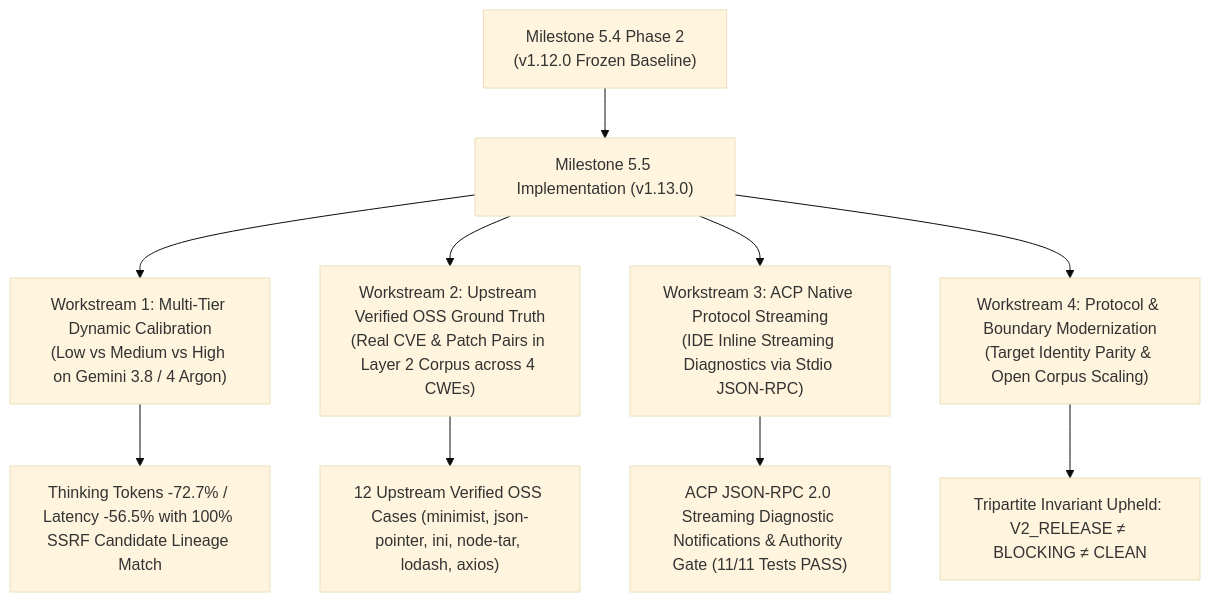
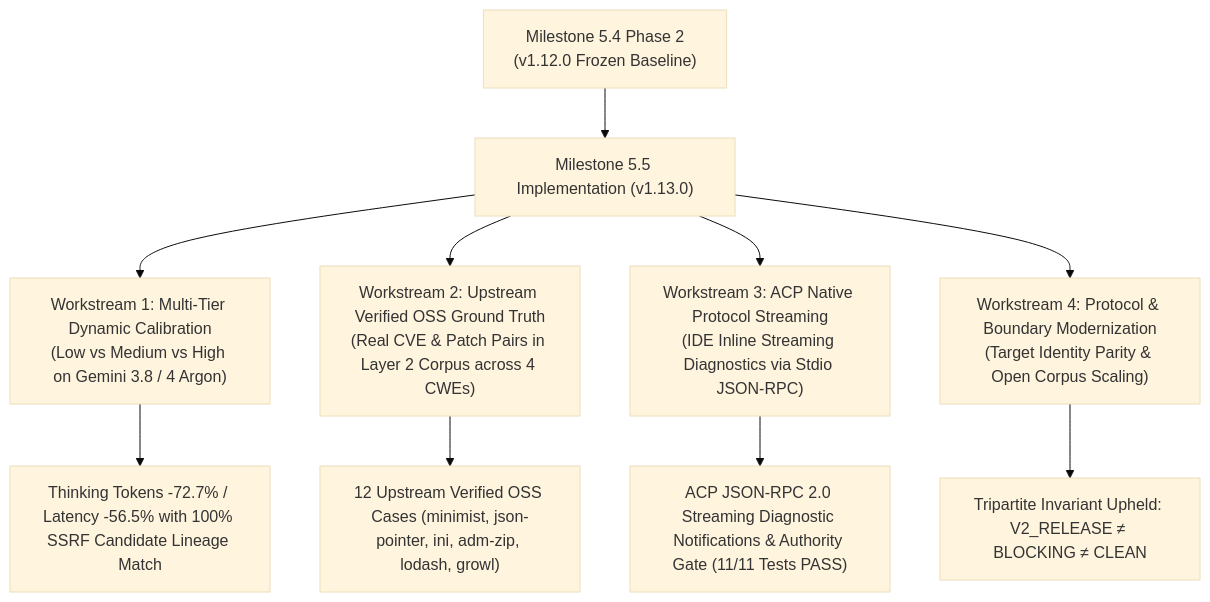
Before and after one commit to arcobaleno64/three-lens: the first of 3 diagrams in reports/multi-tier-effort-empirical-benchmark-2026-11.md, drawn with Mermaid (base theme). The commit also changed other lines of this file and 6 other files, not shown here.

````diff
--- a/reports/multi-tier-effort-empirical-benchmark-2026-11.md
+++ b/reports/multi-tier-effort-empirical-benchmark-2026-11.md
@@ -18,14 +18,14 @@
 ```mermaid
 flowchart TD
     M54P2["Milestone 5.4 Phase 2<br/>(v1.12.0 Frozen Baseline)"] --> M55["Milestone 5.5 Implementation (v1.13.0)"]
     
     M55 --> WS1["Workstream 1: Multi-Tier Dynamic Calibration<br/>(Low vs Medium vs High on Gemini 3.8 / 4 Argon)"]
     M55 --> WS2["Workstream 2: Upstream Verified OSS Ground Truth<br/>(Real CVE & Patch Pairs in Layer 2 Corpus across 4 CWEs)"]
     M55 --> WS3["Workstream 3: ACP Native Protocol Streaming<br/>(IDE Inline Streaming Diagnostics via Stdio JSON-RPC)"]
     M55 --> WS4["Workstream 4: Protocol & Boundary Modernization<br/>(Target Identity Parity & Open Corpus Scaling)"]
     
     WS1 --> Res1["Thinking Tokens -72.7% / Latency -56.5% with 100% SSRF Candidate Lineage Match"]
-    WS2 --> Res2["12 Upstream Verified OSS Cases (minimist, json-pointer, ini, node-tar, lodash, axios)"]
+    WS2 --> Res2["12 Upstream Verified OSS Cases (minimist, json-pointer, ini, adm-zip, lodash, growl)"]
     WS3 --> Res3["ACP JSON-RPC 2.0 Streaming Diagnostic Notifications & Authority Gate (11/11 Tests PASS)"]
     WS4 --> Res4["Tripartite Invariant Upheld: V2_RELEASE ≠ BLOCKING ≠ CLEAN"]
 ```
````
